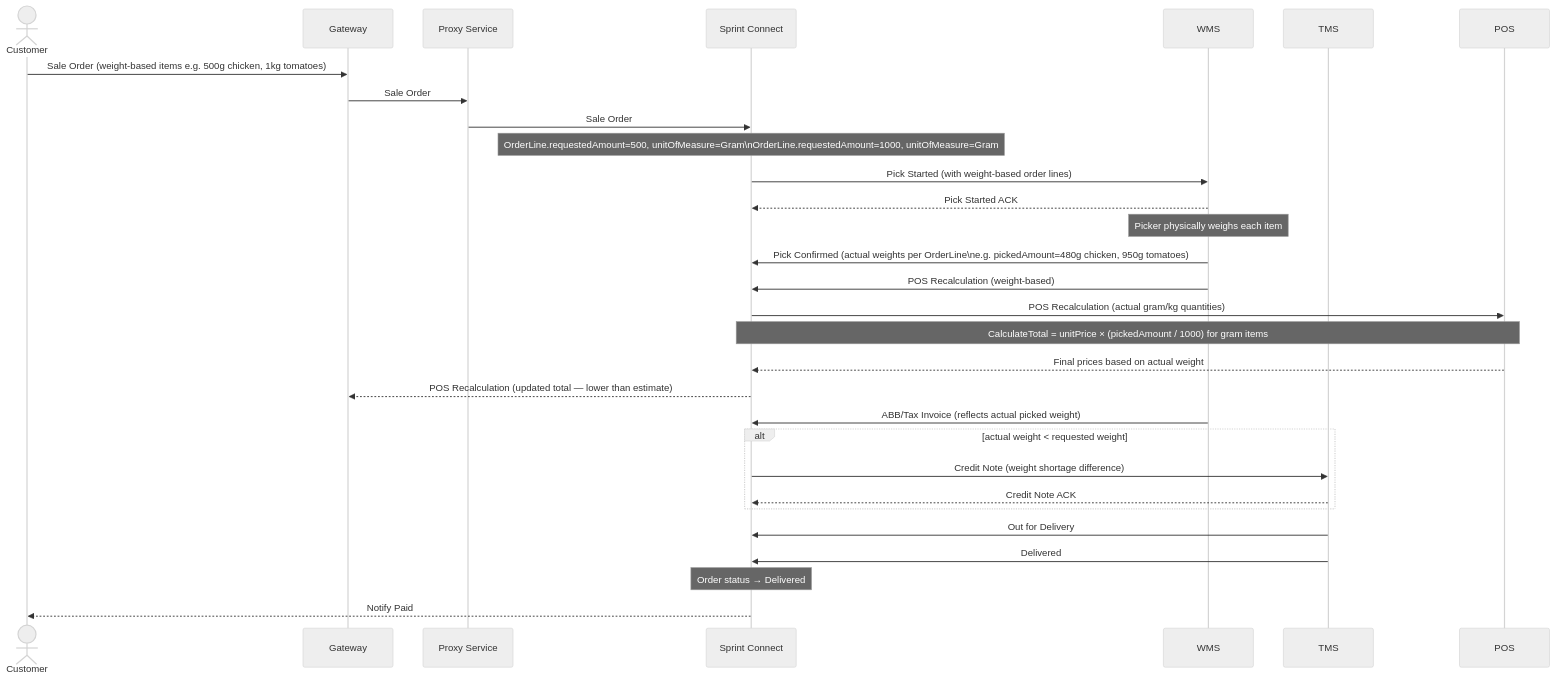
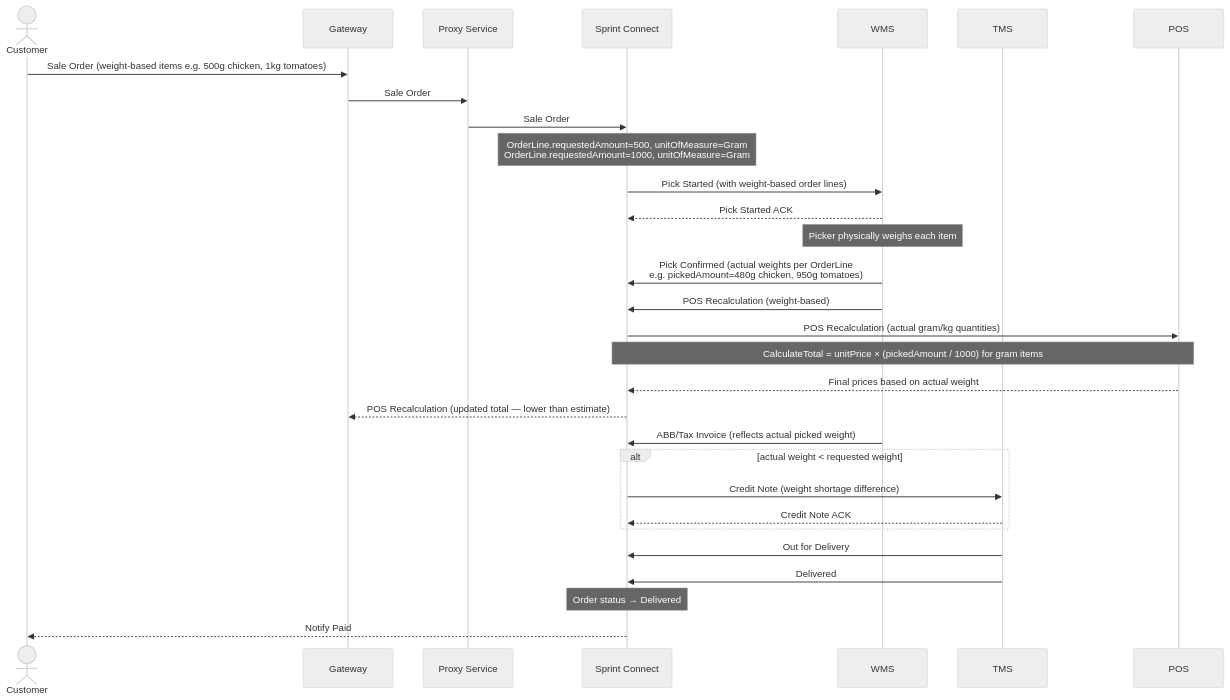
Before and after one commit to rosered11/personal-claude: the tenth of 24 diagrams in result/oms-sequence-diagrams.md, drawn with Mermaid (neutral theme). The commit also changed other lines of this file and 7 other files, not shown here.

````diff
--- a/result/oms-sequence-diagrams.md
+++ b/result/oms-sequence-diagrams.md
@@ -346,38 +346,38 @@
 ```mermaid
 sequenceDiagram
     actor C as Customer
     participant GW as Gateway
     participant PS as Proxy Service
     participant SC as Sprint Connect
     participant WMS as WMS
     participant TMS as TMS
     participant POS as POS
 
     C->>GW: Sale Order (weight-based items e.g. 500g chicken, 1kg tomatoes)
     GW->>PS: Sale Order
     PS->>SC: Sale Order
-    Note over SC: OrderLine.requestedAmount=500, unitOfMeasure=Gram\nOrderLine.requestedAmount=1000, unitOfMeasure=Gram
+    Note over SC: OrderLine.requestedAmount=500, unitOfMeasure=Gram<br>OrderLine.requestedAmount=1000, unitOfMeasure=Gram
 
     SC->>WMS: Pick Started (with weight-based order lines)
     WMS-->>SC: Pick Started ACK
 
     Note over WMS: Picker physically weighs each item
-    WMS->>SC: Pick Confirmed (actual weights per OrderLine\ne.g. pickedAmount=480g chicken, 950g tomatoes)
+    WMS->>SC: Pick Confirmed (actual weights per OrderLine<br>e.g. pickedAmount=480g chicken, 950g tomatoes)
     WMS->>SC: POS Recalculation (weight-based)
     SC->>POS: POS Recalculation (actual gram/kg quantities)
     Note over SC,POS: CalculateTotal = unitPrice × (pickedAmount / 1000) for gram items
     POS-->>SC: Final prices based on actual weight
     SC-->>GW: POS Recalculation (updated total — lower than estimate)
 
     WMS->>SC: ABB/Tax Invoice (reflects actual picked weight)
 
     alt actual weight < requested weight
         SC->>TMS: Credit Note (weight shortage difference)
         TMS-->>SC: Credit Note ACK
     end
 
     TMS->>SC: Out for Delivery
     TMS->>SC: Delivered
     Note over SC: Order status → Delivered
     SC-->>C: Notify Paid
 ```
````
